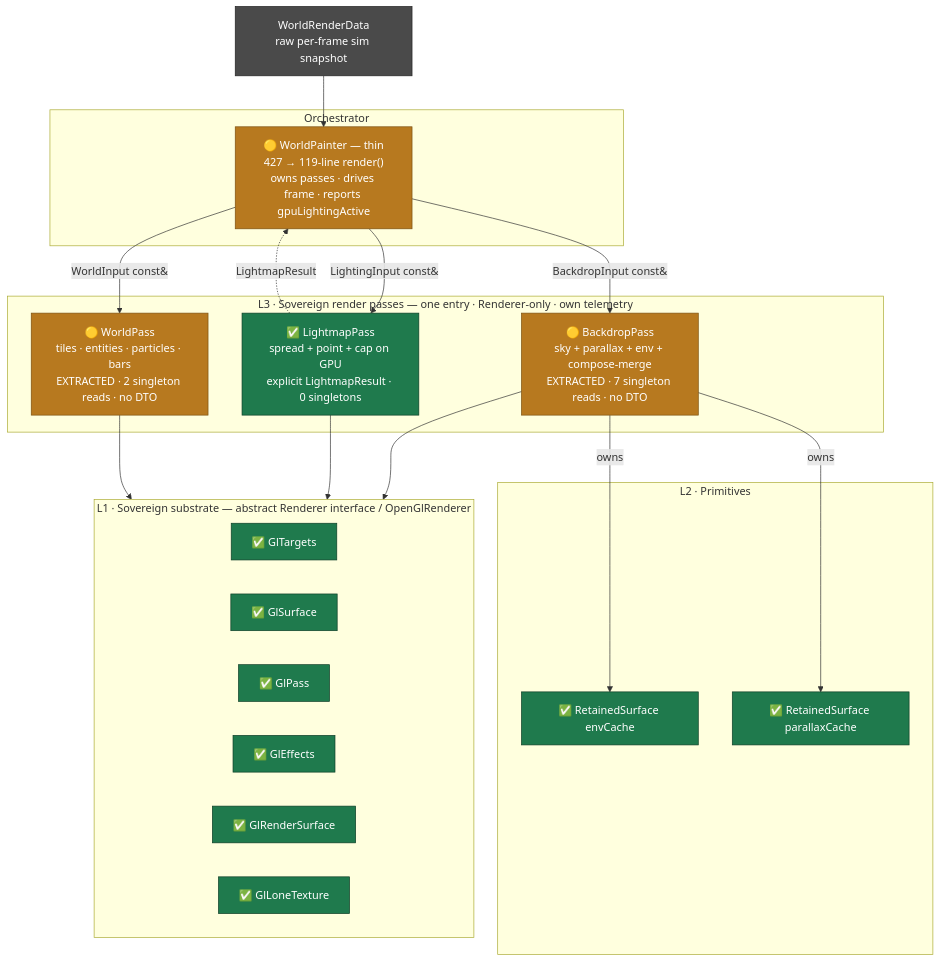
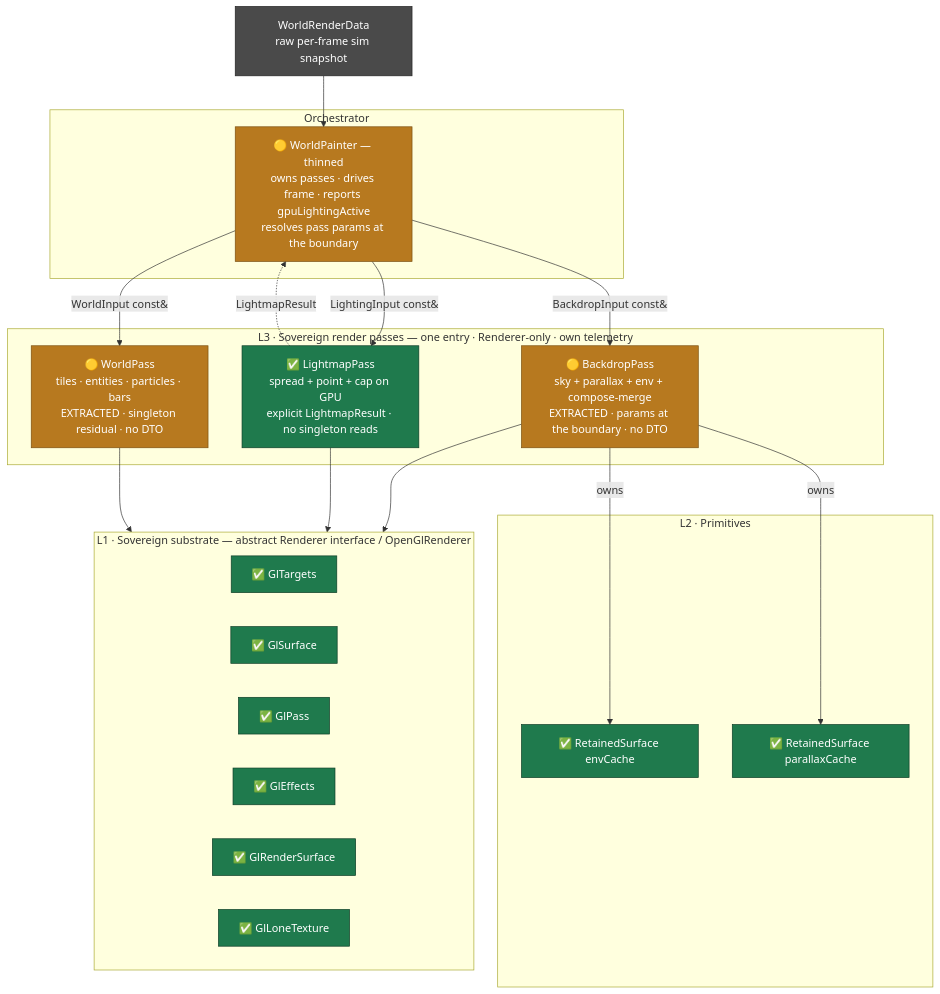
Before and after one commit to apnex/OpenStarbound: the first of 2 diagrams in docs/render/architecture-3-target-state.md, drawn with Mermaid. The commit also changed other lines of this file and 3 other files, not shown here.

````diff
--- a/docs/render/architecture-3-target-state.md
+++ b/docs/render/architecture-3-target-state.md
@@ -25,47 +33,47 @@
 ```mermaid
 flowchart TB
   classDef done fill:#1f7a4d,color:#ffffff,stroke:#0d3d26,stroke-width:1px
   classDef partial fill:#b7791f,color:#ffffff,stroke:#7a4f10,stroke-width:1px
   classDef pending fill:#8a3d3d,color:#ffffff,stroke:#4a1f1f,stroke-width:1px
   classDef input fill:#4a4a4a,color:#ffffff,stroke:#222222,stroke-width:1px
 
   WRD["WorldRenderData<br/>raw per-frame sim snapshot"]:::input
 
   subgraph ORCH["Orchestrator"]
-    WP["🟡 WorldPainter — thin<br/>427 → 119-line render()<br/>owns passes · drives frame · reports gpuLightingActive"]:::partial
+    WP["🟡 WorldPainter — thinned<br/>owns passes · drives frame · reports gpuLightingActive<br/>resolves pass params at the boundary"]:::partial
   end
 
   subgraph PASSES["L3 · Sovereign render passes — one entry · Renderer-only · own telemetry"]
-    BP["🟡 BackdropPass<br/>sky + parallax + env + compose-merge<br/>EXTRACTED · 7 singleton reads · no DTO"]:::partial
-    LP["✅ LightmapPass<br/>spread + point + cap on GPU<br/>explicit LightmapResult · 0 singletons"]:::done
-    WPS["🟡 WorldPass<br/>tiles · entities · particles · bars<br/>EXTRACTED · 2 singleton reads · no DTO"]:::partial
+    BP["🟡 BackdropPass<br/>sky + parallax + env + compose-merge<br/>EXTRACTED · params at the boundary · no DTO"]:::partial
+    LP["✅ LightmapPass<br/>spread + point + cap on GPU<br/>explicit LightmapResult · no singleton reads"]:::done
+    WPS["🟡 WorldPass<br/>tiles · entities · particles · bars<br/>EXTRACTED · singleton residual · no DTO"]:::partial
   end
 
   subgraph PRIM["L2 · Primitives"]
     RSE["✅ RetainedSurface envCache"]:::done
     RSP["✅ RetainedSurface parallaxCache"]:::done
   end
 
   subgraph SUB["L1 · Sovereign substrate — abstract Renderer interface / OpenGlRenderer"]
     direction LR
     GLT["✅ GlTargets"]:::done
     GLF["✅ GlSurface"]:::done
     GLP["✅ GlPass"]:::done
     GLE["✅ GlEffects"]:::done
     GLS["✅ GlRenderSurface"]:::done
     GLL["✅ GlLoneTexture"]:::done
   end
 
   WRD --> WP
   WP -->|BackdropInput const&| BP
   WP -->|LightingInput const&| LP
   WP -->|WorldInput const&| WPS
   LP -.->|LightmapResult| WP
 
   BP -->|owns| RSE
   BP -->|owns| RSP
 
   BP --> SUB
   LP --> SUB
   WPS --> SUB
 ```
````
